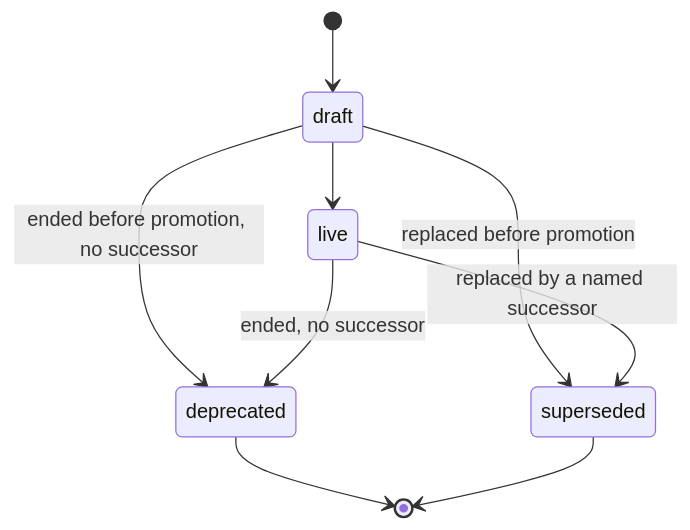
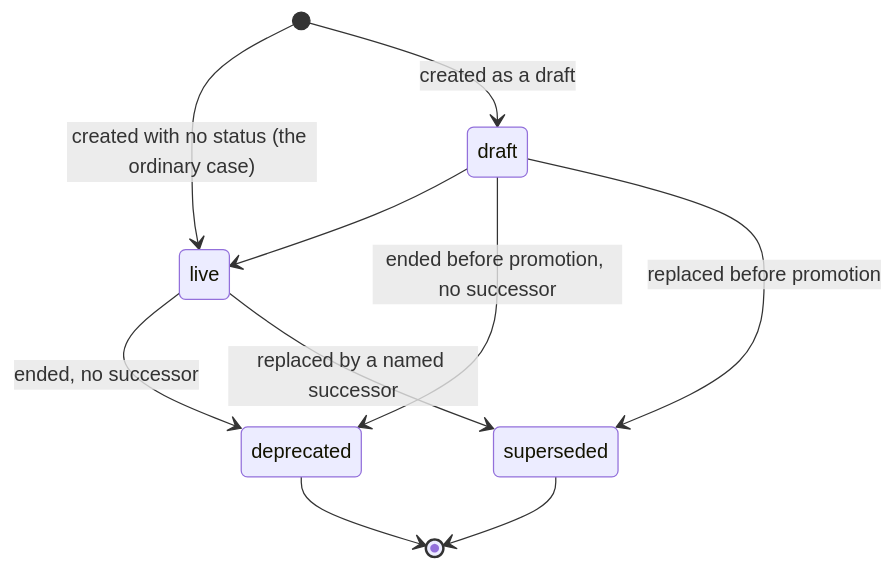
One commit to daniel-ospina/tortoise changed the first of 3 diagrams in docs/plans/2026-11-15-state-lifecycle-and-pipelines.md. Above: the diagram before and after it, drawn with Mermaid. The commit also changed other lines of this file, not shown here.

````diff
--- a/docs/plans/2026-11-15-state-lifecycle-and-pipelines.md
+++ b/docs/plans/2026-11-15-state-lifecycle-and-pipelines.md
@@ -59,11 +61,12 @@
 ```mermaid
 stateDiagram-v2
-    [*] --> draft
+    [*] --> live : created with no status (the ordinary case)
+    [*] --> draft : created as a draft
     draft --> live
     draft --> deprecated : ended before promotion, no successor
     draft --> superseded : replaced before promotion
     live --> deprecated : ended, no successor
     live --> superseded : replaced by a named successor
     deprecated --> [*]
     superseded --> [*]
 ```
````
